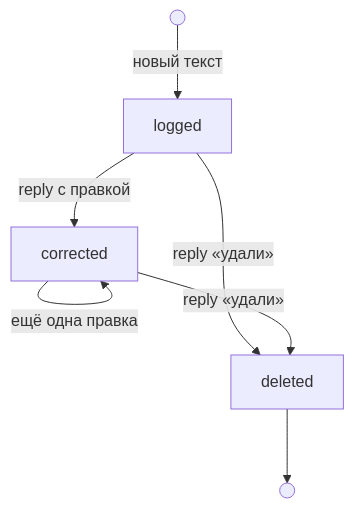
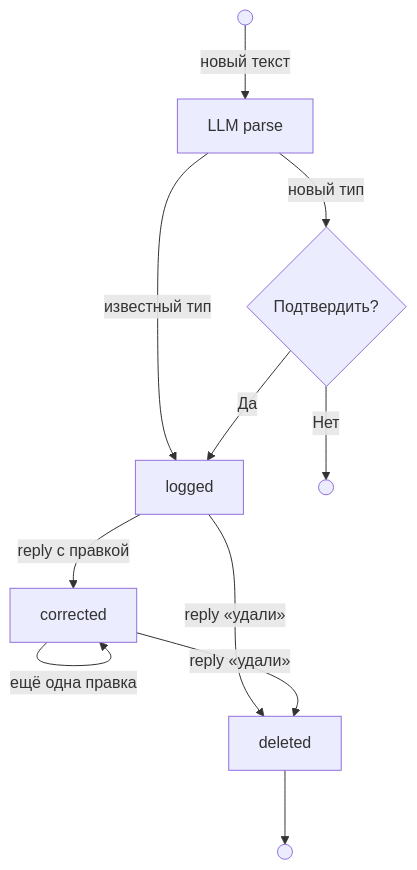
One commit to lusm554/kaizendo_bot changed the second of 2 diagrams in README.md. Above: the diagram before and after it, drawn with Mermaid. The commit also changed other lines of this file, not shown here.

````diff
--- a/README.md
+++ b/README.md
@@ -37,9 +42,13 @@
 ```mermaid
 flowchart TD
-    S(( )) -->|новый текст| logged
+    S(( )) -->|новый текст| parse[LLM parse]
+    parse -->|известный тип| logged
+    parse -->|новый тип| confirm{Подтвердить?}
+    confirm -->|Да| logged
+    confirm -->|Нет| E2(( ))
     logged -->|reply с правкой| corrected
     corrected -->|ещё одна правка| corrected
     logged -->|reply «удали»| deleted
     corrected -->|reply «удали»| deleted
     deleted --> E(( ))
 ```
````
